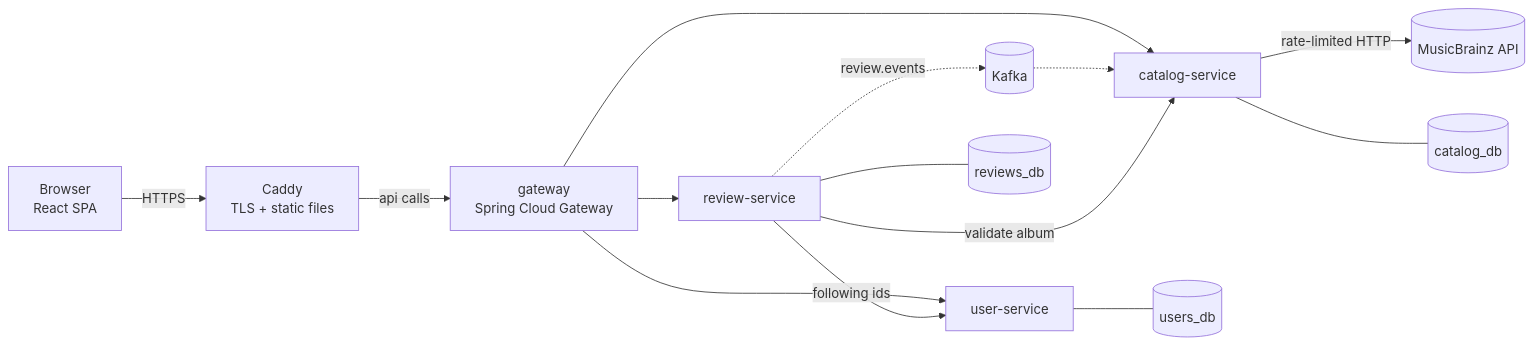
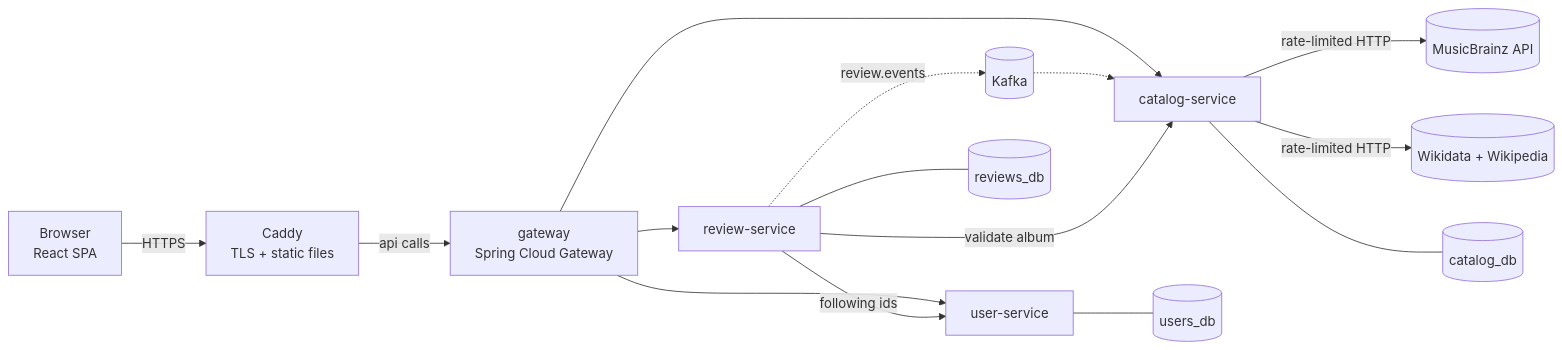
One commit to kerBiy/crate changed the diagram in docs/SPEC.md. Above: the diagram before and after it, drawn with Mermaid. The commit also changed other lines of this file and 58 other files, not shown here.

````diff
--- a/docs/SPEC.md
+++ b/docs/SPEC.md
@@ -73,16 +73,17 @@
 ```mermaid
 flowchart LR
   B["Browser<br/>React SPA"] -->|HTTPS| C["Caddy<br/>TLS + static files"]
   C -->|api calls| G["gateway<br/>Spring Cloud Gateway"]
   G --> U["user-service"]
   G --> CAT["catalog-service"]
   G --> R["review-service"]
   R -.->|review.events| K[("Kafka")]
   K -.-> CAT
   R -->|validate album| CAT
   R -->|following ids| U
   CAT -->|rate-limited HTTP| MB[("MusicBrainz API")]
+  CAT -->|rate-limited HTTP| WP[("Wikidata + Wikipedia")]
   U --- PU[("users_db")]
   CAT --- PC[("catalog_db")]
   R --- PR[("reviews_db")]
 ```
````
